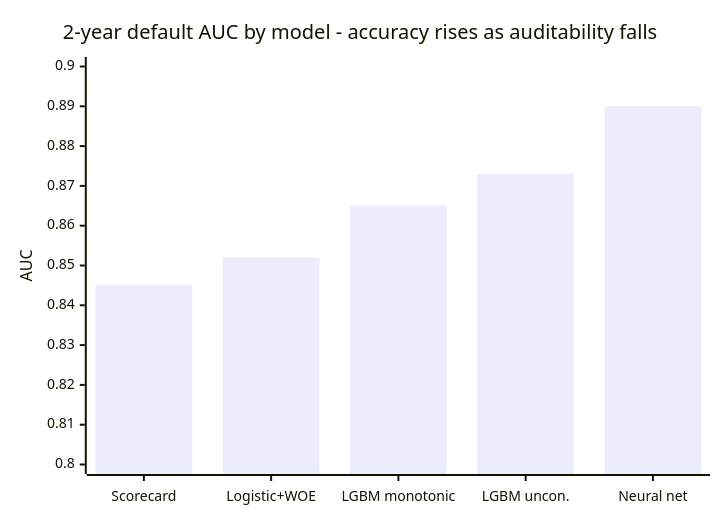
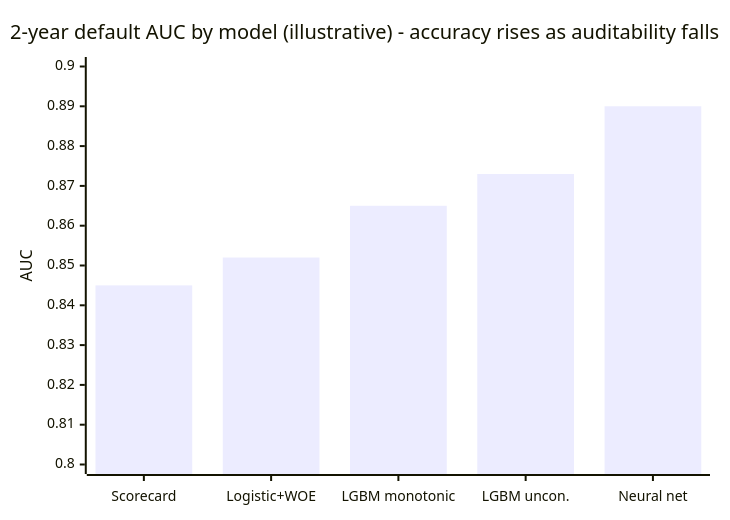
The second of 3 diagrams in src/main/java/com/rutik/systemdesign/ml/case_studies/design_credit_risk_scoring.md (rppol/system-design), drawn with Mermaid before and after one commit. The commit also changed other lines of this file and 51 other files, not shown here.

````diff
--- a/src/main/java/com/rutik/systemdesign/ml/case_studies/design_credit_risk_scoring.md
+++ b/src/main/java/com/rutik/systemdesign/ml/case_studies/design_credit_risk_scoring.md
@@ -352,7 +352,7 @@
 ```mermaid
 xychart-beta
-    title "2-year default AUC by model - accuracy rises as auditability falls"
+    title "2-year default AUC by model (illustrative) - accuracy rises as auditability falls"
     x-axis ["Scorecard", "Logistic+WOE", "LGBM monotonic", "LGBM uncon.", "Neural net"]
     y-axis "AUC" 0.80 --> 0.90
     bar [0.845, 0.852, 0.865, 0.873, 0.890]
 ```
````
